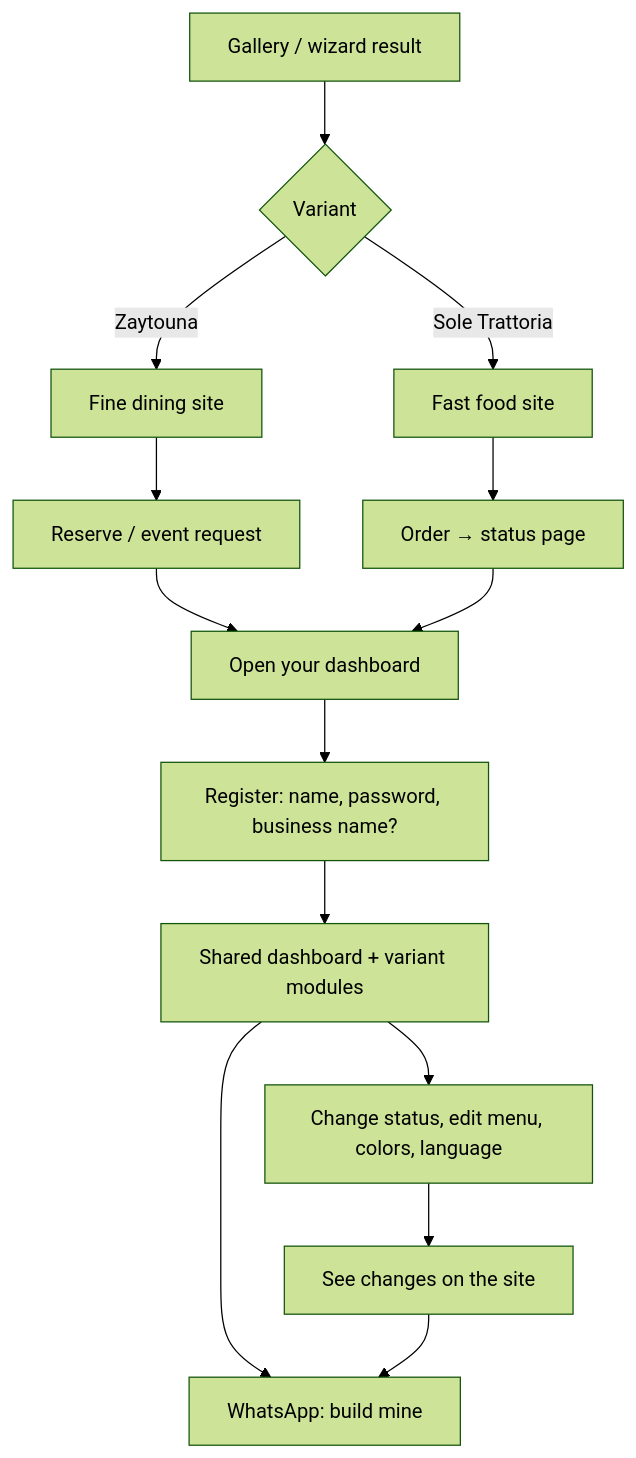
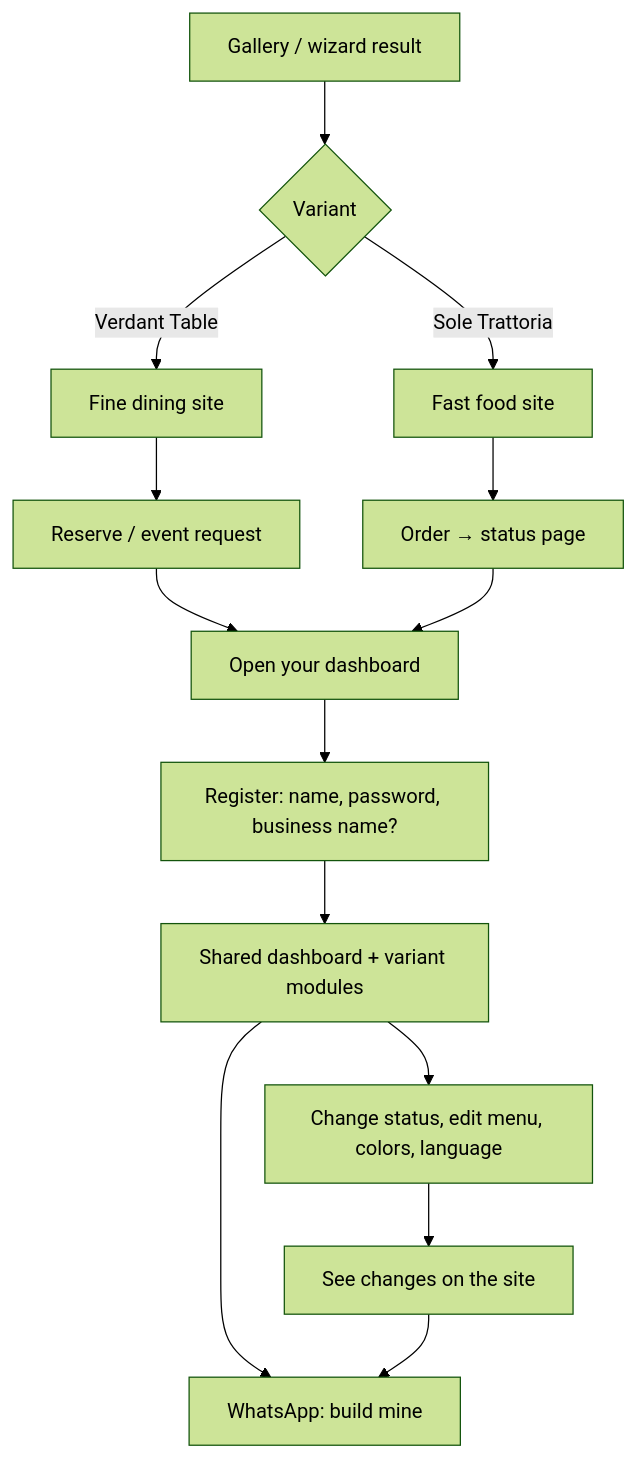
The third of 3 diagrams in docs/features/template-restaurant.md (AhmedElnagarUU/Demmoss), drawn with Mermaid (forest theme) before and after one commit. The commit also changed other lines of this file and 44 other files, not shown here.

First line of the commit message:
Restaurant A: Zaytouna becomes Verdant Table, mirroring its source

````diff
--- a/docs/features/template-restaurant.md
+++ b/docs/features/template-restaurant.md
@@ -305,16 +304,16 @@
 ```mermaid
 flowchart TD
   G[Gallery / wizard result] --> V{Variant}
-  V -->|Zaytouna| SA[Fine dining site]
+  V -->|Verdant Table| SA[Fine dining site]
   V -->|Sole Trattoria| SB[Fast food site]
   SA --> RA[Reserve / event request]
   SB --> OB[Order → status page]
   RA --> CTA[Open your dashboard]
   OB --> CTA
   CTA --> AUTH[Register: name, password, business name?]
   AUTH --> DASH[Shared dashboard + variant modules]
   DASH --> ACT[Change status, edit menu, colors, language]
   ACT --> BACK[See changes on the site]
   DASH --> WA[WhatsApp: build mine]
   BACK --> WA
 ```
````
